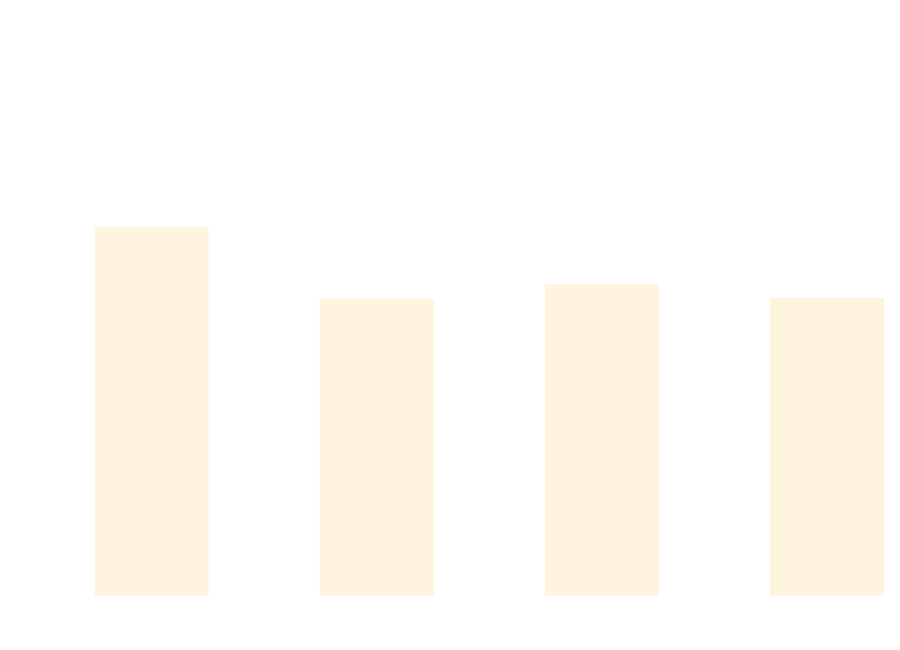
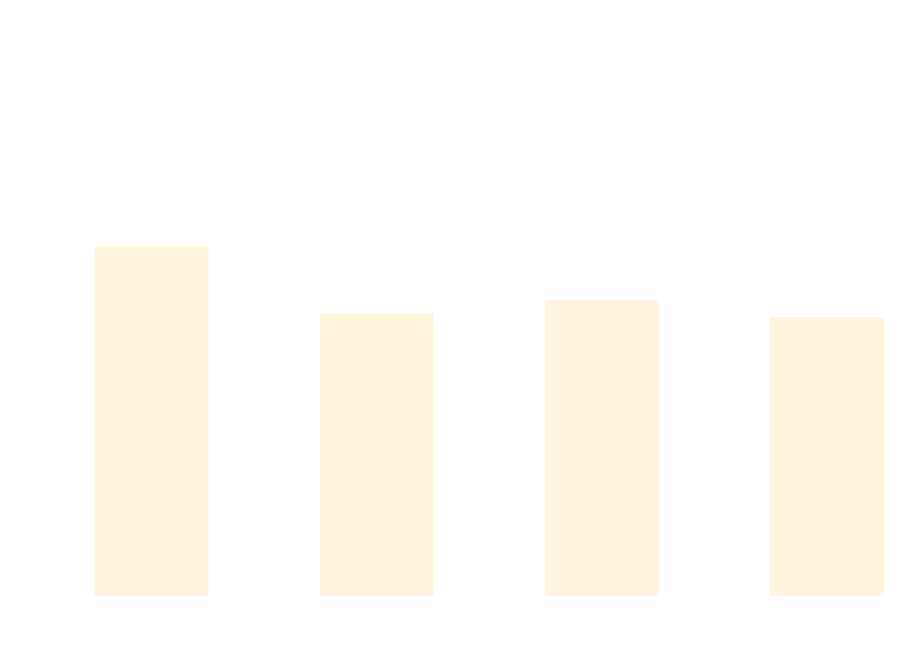
The diagram in docs/docs/benchmarks/BuildTime.md (thomhurst/TUnit), drawn with Mermaid before and after one commit. The commit also changed other lines of this file and 17 other files, not shown here.

````diff
--- a/docs/docs/benchmarks/BuildTime.md
+++ b/docs/docs/benchmarks/BuildTime.md
@@ -28,37 +28,37 @@
 ```mermaid
 %%{init: {
   'theme':'base',
   'themeVariables': {
     'primaryColor': '#2563eb',
     'primaryTextColor': '#ffffff',
     'primaryBorderColor': '#1e40af',
     'lineColor': '#6b7280',
     'secondaryColor': '#7c3aed',
     'tertiaryColor': '#dc2626',
     'background': '#ffffff',
     'mainBkg': '#2563eb',
     'secondBkg': '#7c3aed',
     'tertiaryBkg': '#dc2626',
     'clusterBkg': '#f3f4f6',
     'edgeLabelBackground': '#ffffff',
     'tertiaryTextColor': '#1f2937',
     'pie1': '#2563eb',
     'pie2': '#7c3aed',
     'pie3': '#dc2626',
     'pie4': '#f59e0b',
     'pie5': '#10b981',
     'pie6': '#06b6d4',
     'pie7': '#ec4899',
     'pie8': '#6366f1',
     'pie9': '#84cc16',
     'pie10': '#f97316',
     'pie11': '#14b8a6',
     'pie12': '#a855f7'
   }
 }}%%
 xychart-beta
   title "Build Time Comparison"
   x-axis ["Build_TUnit", "Build_NUnit", "Build_MSTest", "Build_xUnit3"]
   y-axis "Time (s)" 0 --> 3
-  bar [2.108, 1.684, 1.77, 1.689]
+  bar [1.99, 1.598, 1.674, 1.576]
 ```
````
